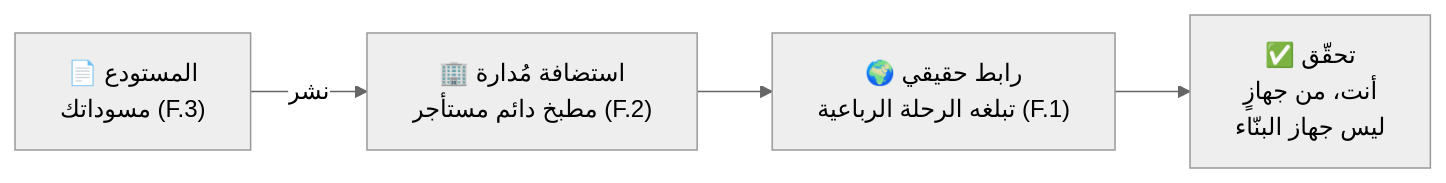
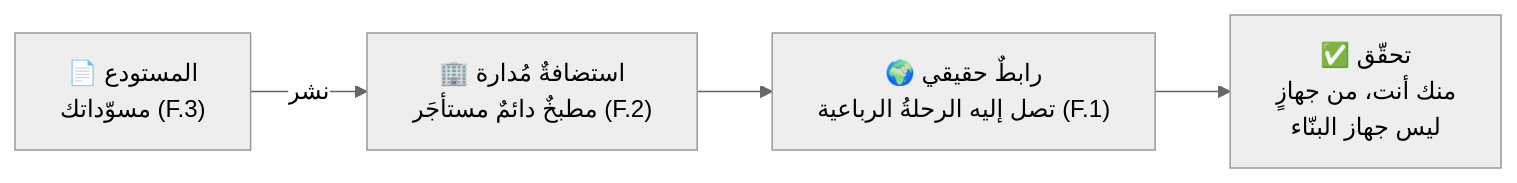
Before and after one commit to Tamoura/system-design-for-vibe-coders: the seventh of 7 diagrams in modules/00-foundations/foundations.ar.md, drawn with Mermaid (neutral theme). The commit also changed other lines of this file and 1 other file, not shown here.

Commit message:
Rewrite Part 0 & Module 0 Arabic in natural flowing register

````diff
--- a/modules/00-foundations/foundations.ar.md
+++ b/modules/00-foundations/foundations.ar.md
@@ -322,6 +322,6 @@
 ```mermaid
 flowchart LR
-    R["📄 المستودع<br/>مسوداتك (F.3)"] -->|"نشر"| H["🏢 استضافة مُدارة<br/>مطبخ دائم مستأجر (F.2)"]
-    H --> U["🌍 رابط حقيقي<br/>تبلغه الرحلة الرباعية (F.1)"]
-    U --> V["✅ تحقّق<br/>أنت، من جهازٍ<br/>ليس جهاز البنّاء"]
+    R["📄 المستودع<br/>مسوّداتك (F.3)"] -->|"نشر"| H["🏢 استضافةٌ مُدارة<br/>مطبخٌ دائمٌ مستأجَر (F.2)"]
+    H --> U["🌍 رابطٌ حقيقي<br/>تصل إليه الرحلةُ الرباعية (F.1)"]
+    U --> V["✅ تحقّق<br/>منك أنت، من جهازٍ<br/>ليس جهاز البنّاء"]
 ```
````
